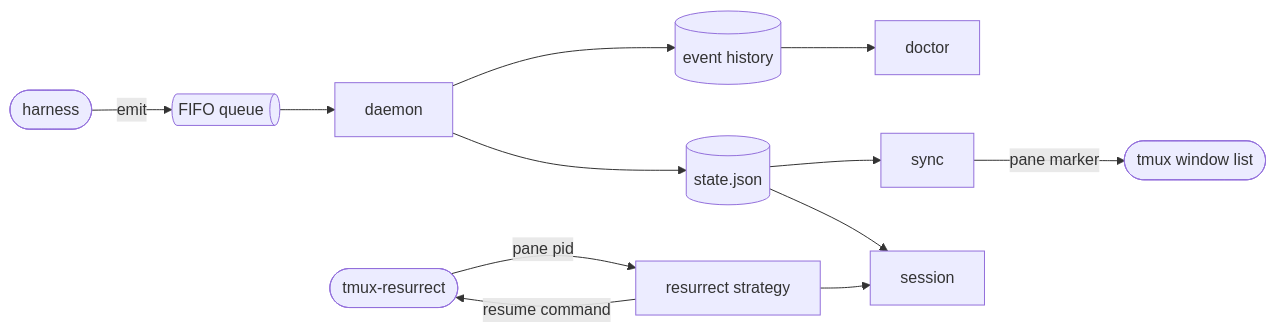
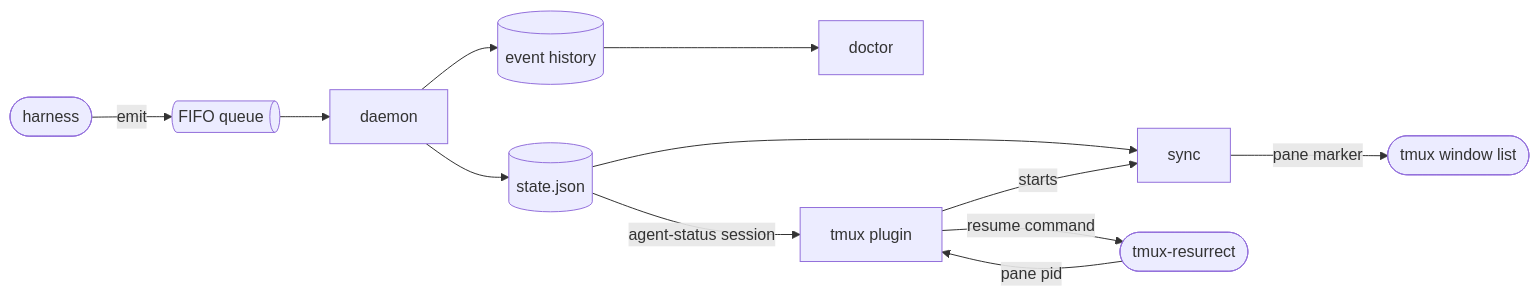
One commit to jvrsantacruz/agent-status changed the diagram in docs/systems/agent-status/agent-status-spec.md. Above: the diagram before and after it, drawn with Mermaid. The commit also changed other lines of this file and 1 other file, not shown here.

Commit message:
docs: definition matches the code on exit codes, file access, hook text and the tmux plugin

````diff
--- a/docs/systems/agent-status/agent-status-spec.md
+++ b/docs/systems/agent-status/agent-status-spec.md
@@ -16,14 +15,14 @@
 ```mermaid
 flowchart LR
   agent([harness]) -- emit --> fifo@{ shape: h-cyl, label: "FIFO queue" }
   fifo --> daemon[daemon]
   daemon --> db[(event history)]
   db --> doctor[doctor]
   daemon --> state[(state.json)]
   state --> sync[sync]
   sync -- pane marker --> tmux([tmux window list])
-  state --> session[session]
-  resurrect([tmux-resurrect]) -- pane pid --> strategy[resurrect strategy]
-  strategy --> session
-  strategy -- resume command --> resurrect
+  plugin[tmux plugin] -- starts --> sync
+  state -- agent-status session --> plugin
+  resurrect([tmux-resurrect]) -- pane pid --> plugin
+  plugin -- resume command --> resurrect
 ```
````
